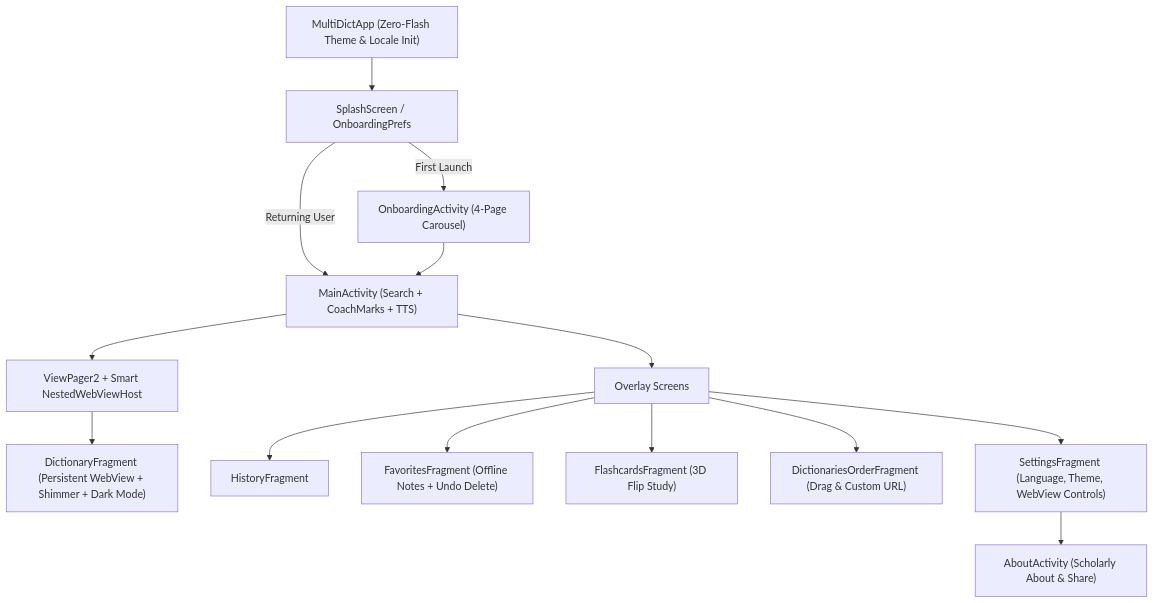
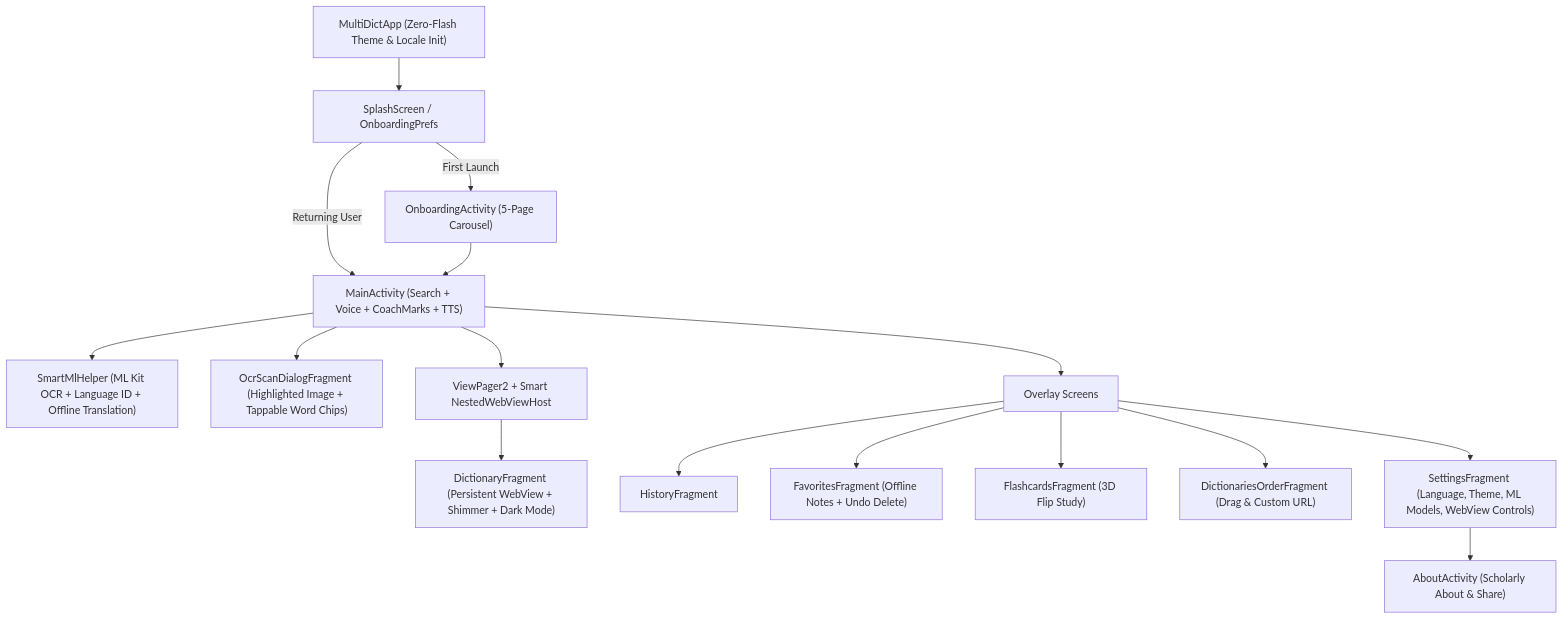
Before and after one commit to mohamedadel452/MultiDict: the diagram in README.md, drawn with Mermaid. The commit also changed other lines of this file and 32 other files, not shown here.

Commit message:
feat: add Voice Search, Camera OCR, Smart Language Detection & Offline Translation (Phase 9) + updated How To Use tour

````diff
--- a/README.md
+++ b/README.md
@@ -82,18 +88,20 @@
 ```mermaid
 flowchart TD
     App["MultiDictApp (Zero-Flash Theme & Locale Init)"] --> Splash["SplashScreen / OnboardingPrefs"]
-    Splash -->|First Launch| Onboarding["OnboardingActivity (4-Page Carousel)"]
-    Splash -->|Returning User| Main["MainActivity (Search + CoachMarks + TTS)"]
+    Splash -->|First Launch| Onboarding["OnboardingActivity (5-Page Carousel)"]
+    Splash -->|Returning User| Main["MainActivity (Search + Voice + CoachMarks + TTS)"]
     Onboarding --> Main
 
+    Main --> SmartML["SmartMlHelper (ML Kit OCR + Language ID + Offline Translation)"]
+    Main --> OcrSheet["OcrScanDialogFragment (Highlighted Image + Tappable Word Chips)"]
     Main --> Pager["ViewPager2 + Smart NestedWebViewHost"]
     Pager --> DictFrag["DictionaryFragment (Persistent WebView + Shimmer + Dark Mode)"]
 
     Main --> Overlays["Overlay Screens"]
     Overlays --> History["HistoryFragment"]
     Overlays --> Favorites["FavoritesFragment (Offline Notes + Undo Delete)"]
     Overlays --> Flashcards["FlashcardsFragment (3D Flip Study)"]
     Overlays --> DictOrder["DictionariesOrderFragment (Drag & Custom URL)"]
-    Overlays --> Settings["SettingsFragment (Language, Theme, WebView Controls)"]
+    Overlays --> Settings["SettingsFragment (Language, Theme, ML Models, WebView Controls)"]
     Settings --> About["AboutActivity (Scholarly About & Share)"]
 ```
````
